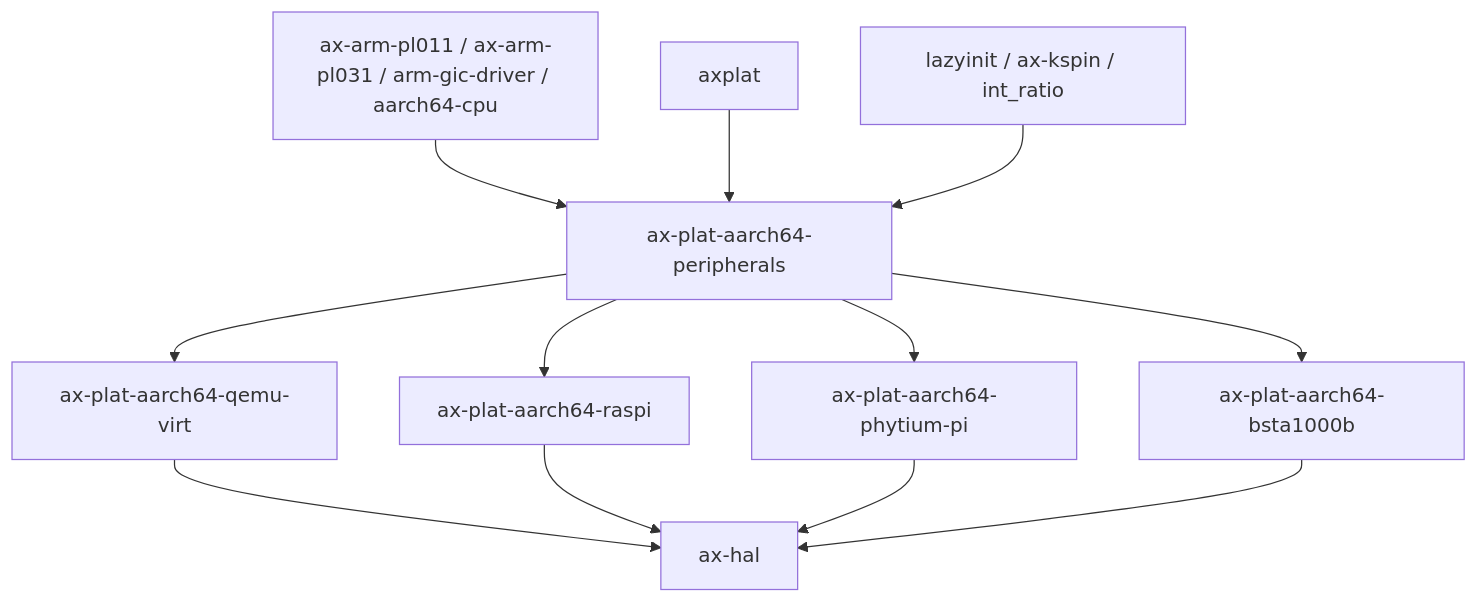
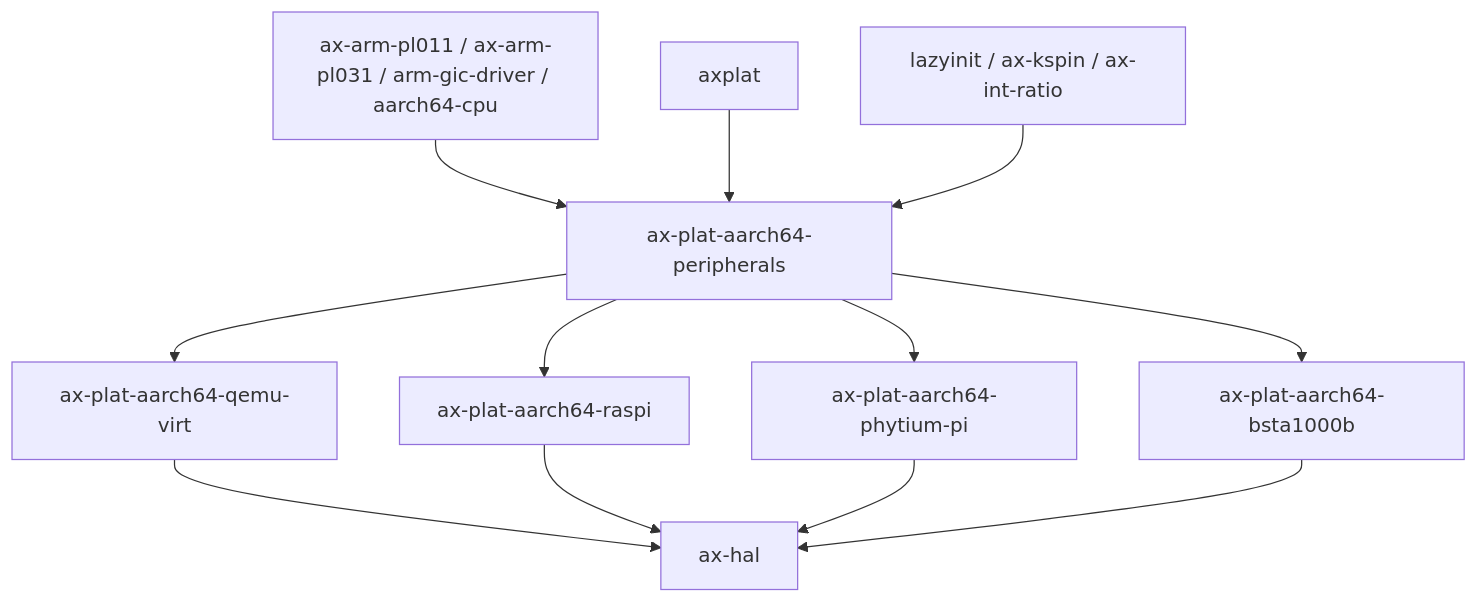
Before and after one commit to zKurisu/tgoskits: the second of 2 diagrams in docs/crates/ax-plat-aarch64-peripherals.md, drawn with Mermaid. The commit also changed other lines of this file and 26 other files, not shown here.

````diff
--- a/docs/crates/ax-plat-aarch64-peripherals.md
+++ b/docs/crates/ax-plat-aarch64-peripherals.md
@@ -180,15 +180,15 @@
 ```mermaid
 graph TD
     A[ax-arm-pl011 / ax-arm-pl031 / arm-gic-driver / aarch64-cpu] --> B[ax-plat-aarch64-peripherals]
     C[axplat] --> B
-    D[lazyinit / ax-kspin / int_ratio] --> B
+    D[lazyinit / ax-kspin / ax-int-ratio] --> B
 
     B --> E[ax-plat-aarch64-qemu-virt]
     B --> F[ax-plat-aarch64-raspi]
     B --> G[ax-plat-aarch64-phytium-pi]
     B --> H[ax-plat-aarch64-bsta1000b]
     E --> I[ax-hal]
     F --> I
     G --> I
     H --> I
 ```
````
